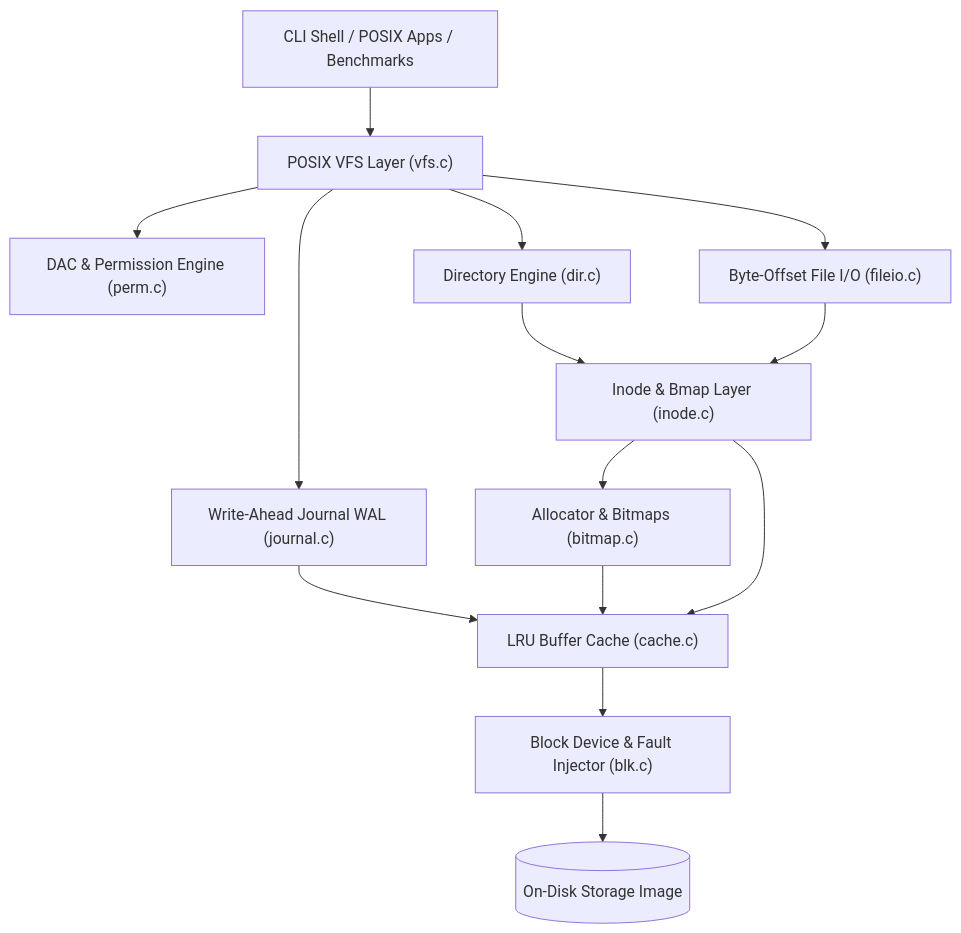
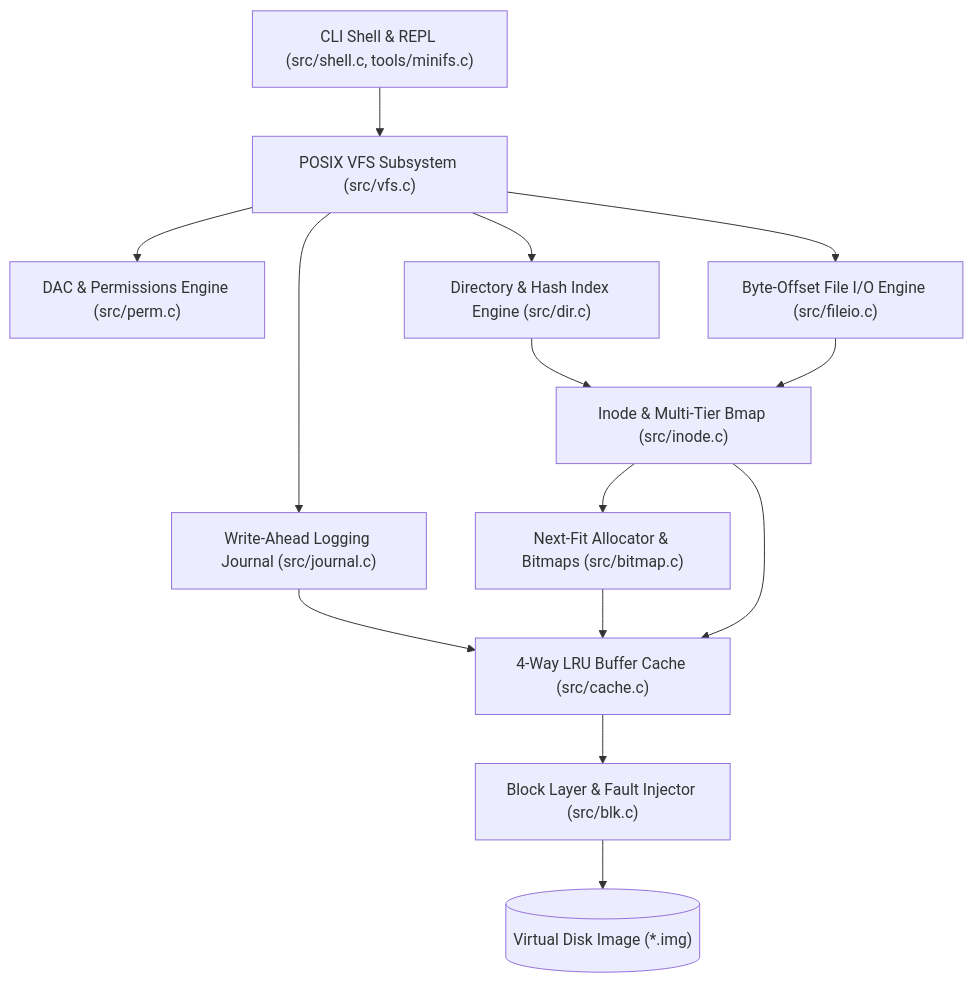
The diagram in reports/final_report.md (Kishor-9361/Linux-Based-Virtual-File-System-and-Storage-Management-Engine), drawn with Mermaid before and after one commit. The commit also changed other lines of this file and 15 other files, not shown here.

````diff
--- a/reports/final_report.md
+++ b/reports/final_report.md
@@ -30,28 +66,28 @@
 ```mermaid
 graph TD
-    User["CLI Shell / POSIX Apps / Benchmarks"]
-    VFS["POSIX VFS Layer (vfs.c)"]
-    Perm["DAC & Permission Engine (perm.c)"]
-    Dir["Directory Engine (dir.c)"]
-    FileIO["Byte-Offset File I/O (fileio.c)"]
-    Inode["Inode & Bmap Layer (inode.c)"]
-    Bitmap["Allocator & Bitmaps (bitmap.c)"]
-    WAL["Write-Ahead Journal WAL (journal.c)"]
-    Cache["LRU Buffer Cache (cache.c)"]
-    Blk["Block Device & Fault Injector (blk.c)"]
-    Disk[("On-Disk Storage Image")]
+    CLI["CLI Shell & REPL (src/shell.c, tools/minifs.c)"]
+    VFS["POSIX VFS Subsystem (src/vfs.c)"]
+    DAC["DAC & Permissions Engine (src/perm.c)"]
+    DIR["Directory & Hash Index Engine (src/dir.c)"]
+    FIO["Byte-Offset File I/O Engine (src/fileio.c)"]
+    INODE["Inode & Multi-Tier Bmap (src/inode.c)"]
+    ALLOC["Next-Fit Allocator & Bitmaps (src/bitmap.c)"]
+    WAL["Write-Ahead Logging Journal (src/journal.c)"]
+    CACHE["4-Way LRU Buffer Cache (src/cache.c)"]
+    BLK["Block Layer & Fault Injector (src/blk.c)"]
+    DISK[("Virtual Disk Image (*.img)")]
 
-    User --> VFS
-    VFS --> Perm
-    VFS --> Dir
-    VFS --> FileIO
-    Dir --> Inode
-    FileIO --> Inode
-    Inode --> Bitmap
+    CLI --> VFS
+    VFS --> DAC
+    VFS --> DIR
+    VFS --> FIO
+    DIR --> INODE
+    FIO --> INODE
+    INODE --> ALLOC
     VFS --> WAL
-    WAL --> Cache
-    Bitmap --> Cache
-    Inode --> Cache
-    Cache --> Blk
-    Blk --> Disk
+    WAL --> CACHE
+    ALLOC --> CACHE
+    INODE --> CACHE
+    CACHE --> BLK
+    BLK --> DISK
 ```
````
